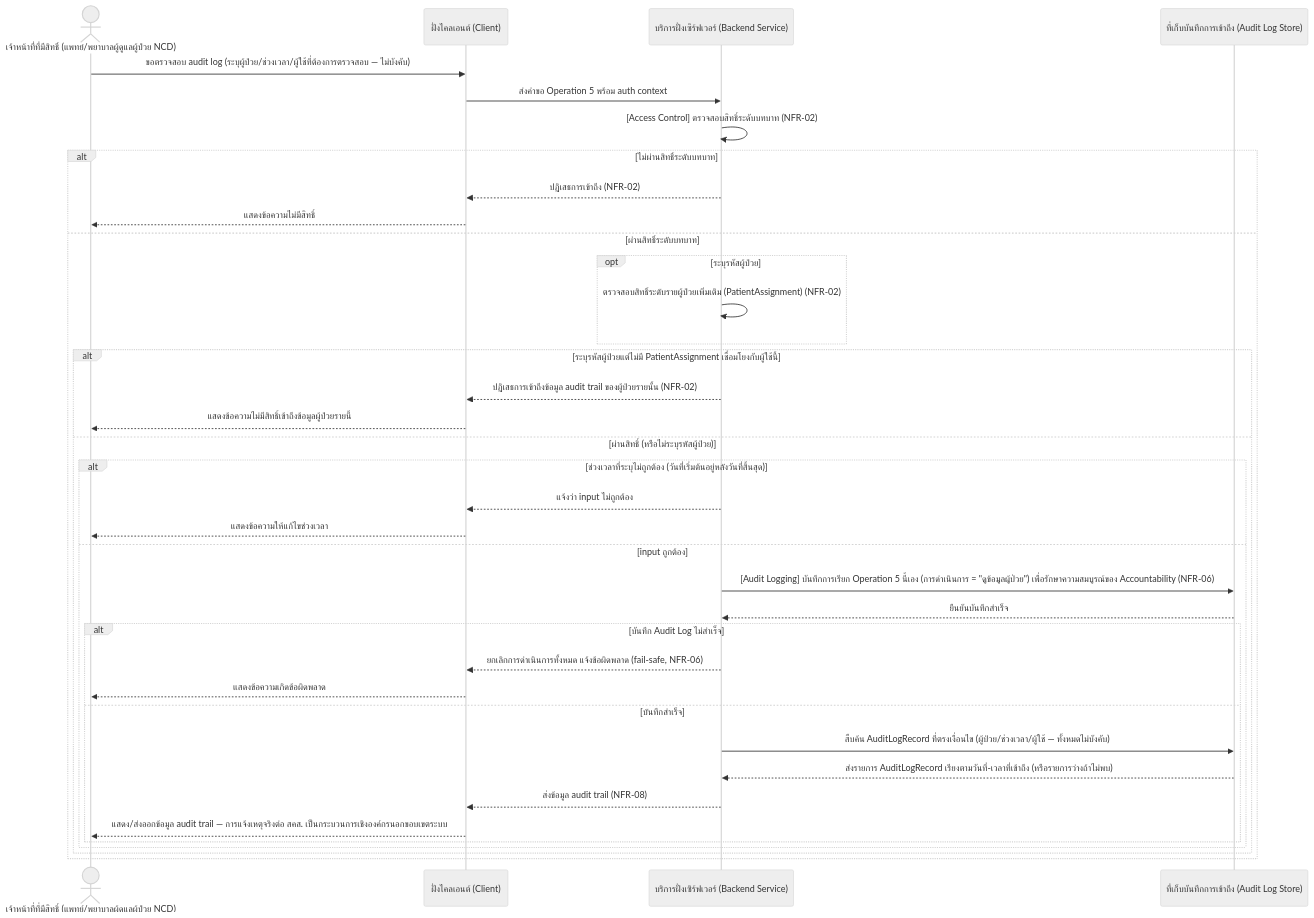
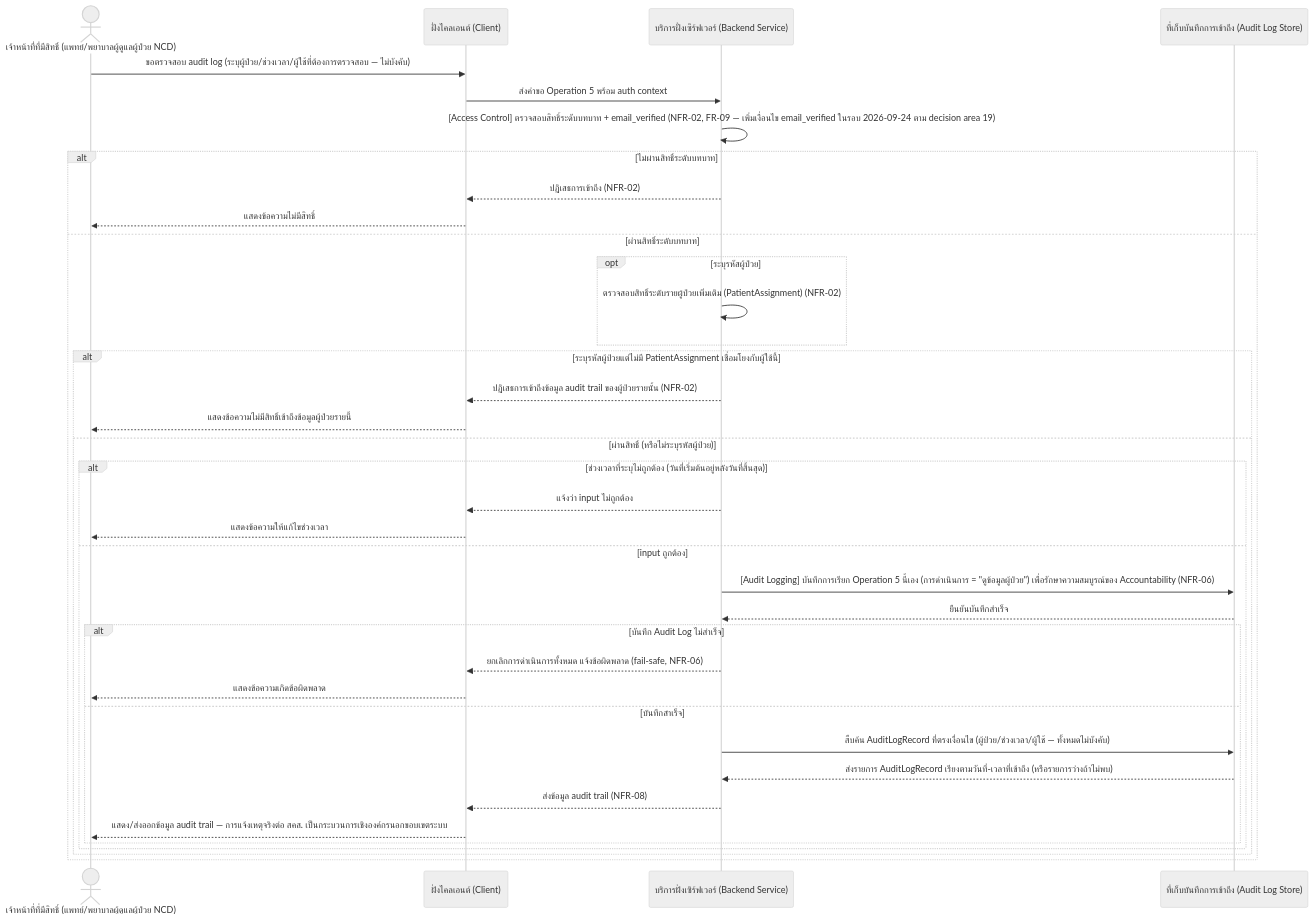
The second of 4 diagrams in docs/02-design/02-technical/detailed-design/pdpa-data-protection-compliance.md (fadtypat/track-ncds), drawn with Mermaid (neutral theme) before and after one commit. The commit also changed other lines of this file and 41 other files, not shown here.

````diff
--- a/docs/02-design/02-technical/detailed-design/pdpa-data-protection-compliance.md
+++ b/docs/02-design/02-technical/detailed-design/pdpa-data-protection-compliance.md
@@ -118,40 +124,40 @@
 ```mermaid
 sequenceDiagram
     actor Staff as เจ้าหน้าที่ที่มีสิทธิ์ (แพทย์/พยาบาลผู้ดูแลผู้ป่วย NCD)
     participant Client as ฝั่งไคลเอนต์ (Client)
     participant Backend as บริการฝั่งเซิร์ฟเวอร์ (Backend Service)
     participant AuditStore as ที่เก็บบันทึกการเข้าถึง (Audit Log Store)
 
     Staff->>Client: ขอตรวจสอบ audit log (ระบุผู้ป่วย/ช่วงเวลา/ผู้ใช้ที่ต้องการตรวจสอบ — ไม่บังคับ)
     Client->>Backend: ส่งคำขอ Operation 5 พร้อม auth context
-    Backend->>Backend: [Access Control] ตรวจสอบสิทธิ์ระดับบทบาท (NFR-02)
+    Backend->>Backend: [Access Control] ตรวจสอบสิทธิ์ระดับบทบาท + email_verified (NFR-02, FR-09 — เพิ่มเงื่อนไข email_verified ในรอบ 2026-09-24 ตาม decision area 19)
     alt ไม่ผ่านสิทธิ์ระดับบทบาท
         Backend-->>Client: ปฏิเสธการเข้าถึง (NFR-02)
         Client-->>Staff: แสดงข้อความไม่มีสิทธิ์
     else ผ่านสิทธิ์ระดับบทบาท
         opt ระบุรหัสผู้ป่วย
             Backend->>Backend: ตรวจสอบสิทธิ์ระดับรายผู้ป่วยเพิ่มเติม (PatientAssignment) (NFR-02)
         end
         alt ระบุรหัสผู้ป่วยแต่ไม่มี PatientAssignment เชื่อมโยงกับผู้ใช้นี้
             Backend-->>Client: ปฏิเสธการเข้าถึงข้อมูล audit trail ของผู้ป่วยรายนั้น (NFR-02)
             Client-->>Staff: แสดงข้อความไม่มีสิทธิ์เข้าถึงข้อมูลผู้ป่วยรายนี้
         else ผ่านสิทธิ์ (หรือไม่ระบุรหัสผู้ป่วย)
             alt ช่วงเวลาที่ระบุไม่ถูกต้อง (วันที่เริ่มต้นอยู่หลังวันที่สิ้นสุด)
                 Backend-->>Client: แจ้งว่า input ไม่ถูกต้อง
                 Client-->>Staff: แสดงข้อความให้แก้ไขช่วงเวลา
             else input ถูกต้อง
                 Backend->>AuditStore: [Audit Logging] บันทึกการเรียก Operation 5 นี้เอง (การดำเนินการ = "ดูข้อมูลผู้ป่วย") เพื่อรักษาความสมบูรณ์ของ Accountability (NFR-06)
                 AuditStore-->>Backend: ยืนยันบันทึกสำเร็จ
                 alt บันทึก Audit Log ไม่สำเร็จ
                     Backend-->>Client: ยกเลิกการดำเนินการทั้งหมด แจ้งข้อผิดพลาด (fail-safe, NFR-06)
                     Client-->>Staff: แสดงข้อความเกิดข้อผิดพลาด
                 else บันทึกสำเร็จ
                     Backend->>AuditStore: สืบค้น AuditLogRecord ที่ตรงเงื่อนไข (ผู้ป่วย/ช่วงเวลา/ผู้ใช้ — ทั้งหมดไม่บังคับ)
                     AuditStore-->>Backend: ส่งรายการ AuditLogRecord เรียงตามวันที่-เวลาที่เข้าถึง (หรือรายการว่างถ้าไม่พบ)
                     Backend-->>Client: ส่งข้อมูล audit trail (NFR-08)
                     Client-->>Staff: แสดง/ส่งออกข้อมูล audit trail — การแจ้งเหตุจริงต่อ สคส. เป็นกระบวนการเชิงองค์กรนอกขอบเขตระบบ
                 end
             end
         end
     end
 ```
````
